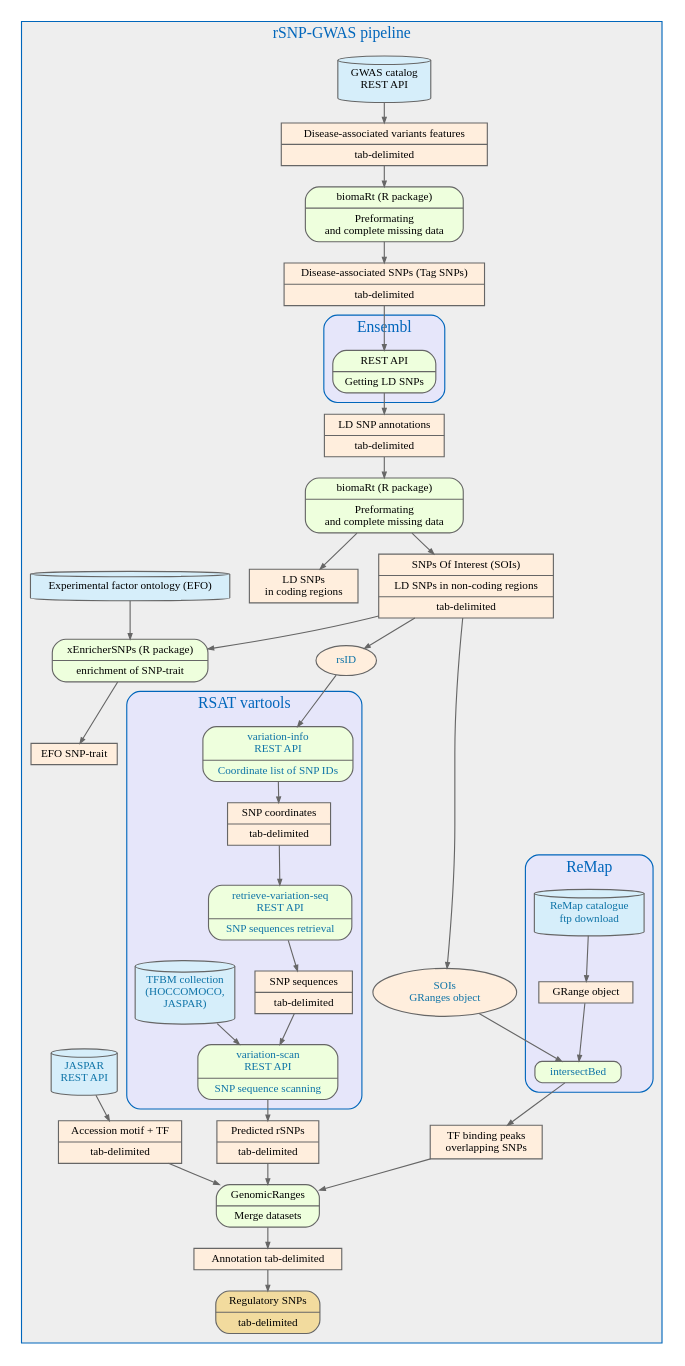
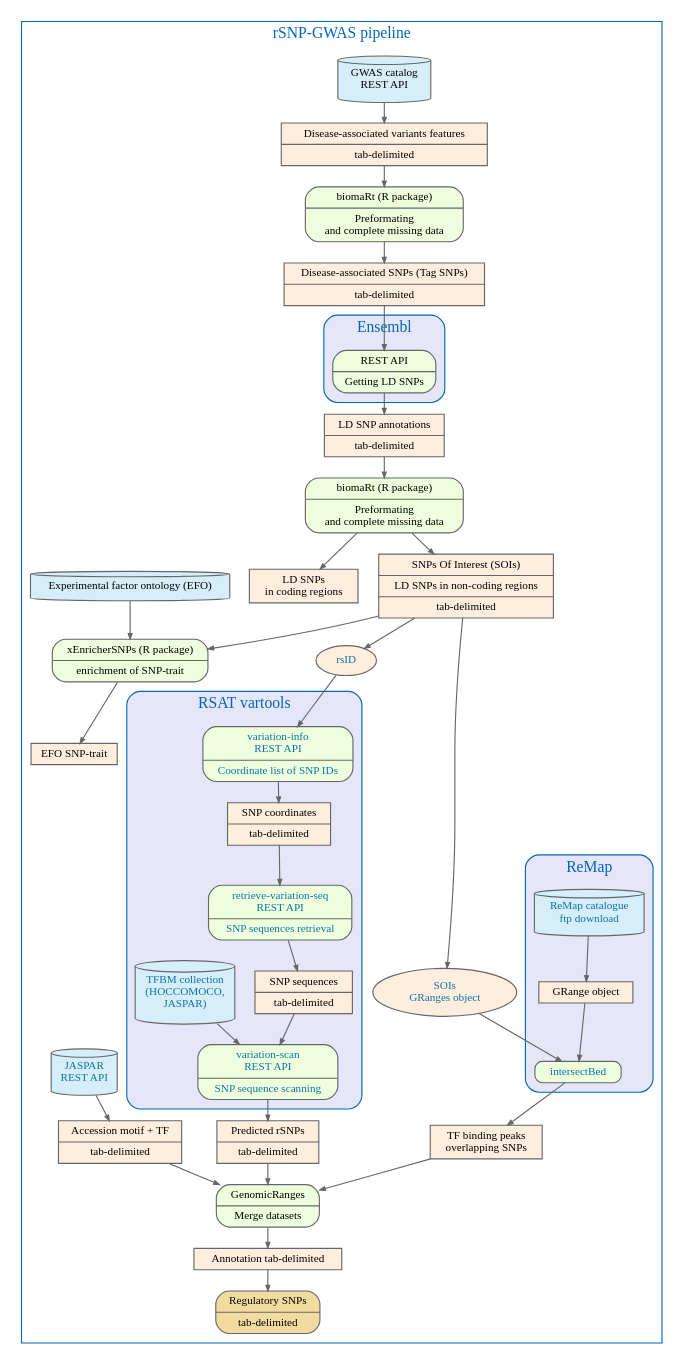
One commit to YvonFrid/cisreg-GWAS changed the diagram in cisreg-GWAS_wf/flowchart/cisreg-GWAS.dot. Above: the diagram before and after it, drawn with Graphviz.

Commit message:
Changment of background color in flowchart

```diff
--- a/cisreg-GWAS_wf/flowchart/cisreg-GWAS.dot
+++ b/cisreg-GWAS_wf/flowchart/cisreg-GWAS.dot
@@ -2,7 +2,7 @@
 
 	subgraph cluster_0 {
 		color = "#0066BB";
-		bgcolor = "#EEEEEE";
+		bgcolor = "";
 		
 	## General properties of the graph (font, color, ...)
 	graph [fontname="ArialBlack",fontsize="14", label="rSNP-GWAS pipeline" labelloc="t", fontcolor="#0066BB", nodesep="0.1", ranksep="0.2"];
```
